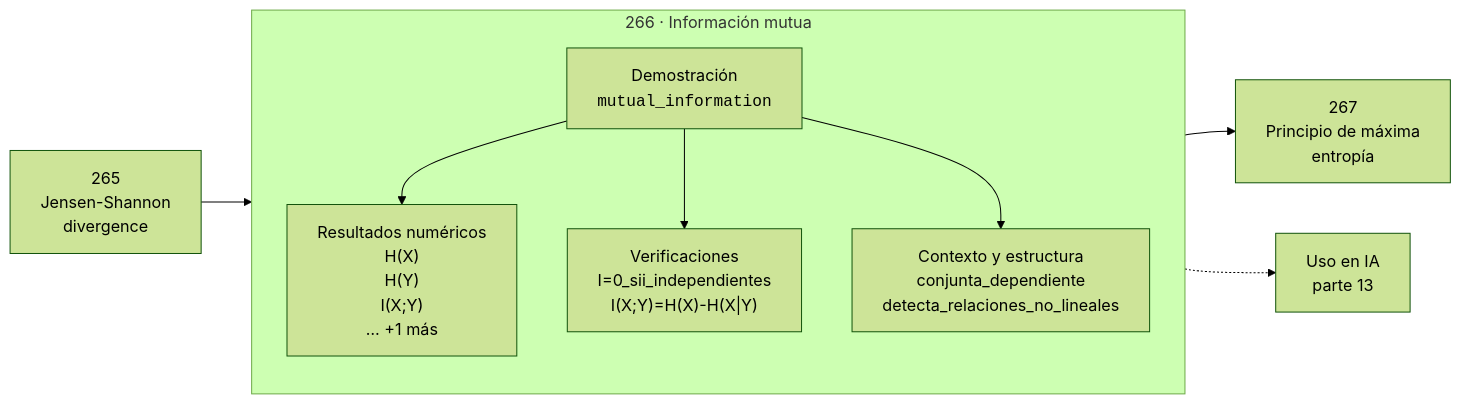
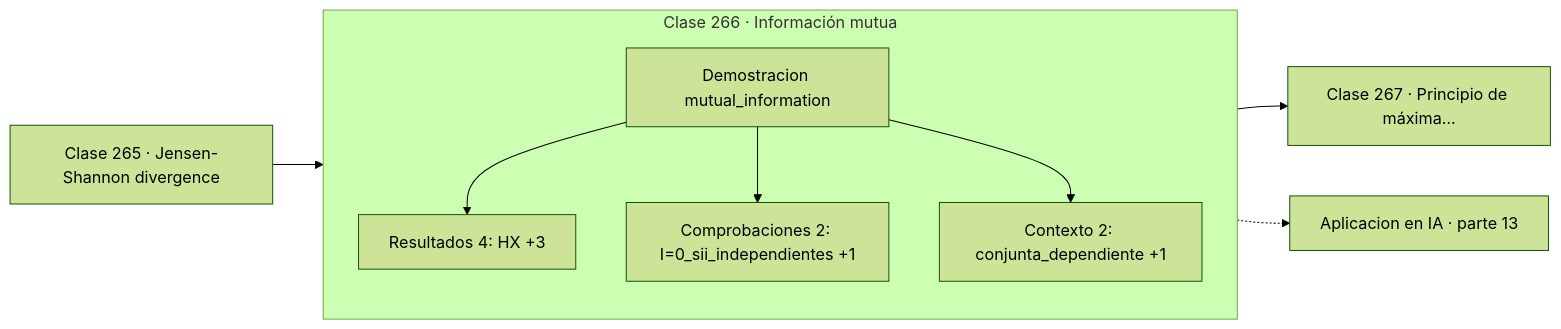
One commit to vladimiracunadev-create/computational-mathematics-program changed the diagram in classes/part-13-teoria-de-la-informacion-senales-y-series/266-informacion-mutua/README.md. Above: the diagram before and after it, drawn with Mermaid (forest theme). The commit also changed 389 other files, not shown here.

First line of the commit message:
fix(diagramas): elimina el HTML de las etiquetas Mermaid

````diff
--- a/classes/part-13-teoria-de-la-informacion-senales-y-series/266-informacion-mutua/README.md
+++ b/classes/part-13-teoria-de-la-informacion-senales-y-series/266-informacion-mutua/README.md
@@ -30,12 +30,13 @@
 ```mermaid
 flowchart LR
-    P["265<br/>Jensen-Shannon<br/>divergence"] --> C
-    subgraph C["266 · Información mutua"]
+    P["Clase 265 · Jensen-Shannon divergence"] --> D
+    subgraph CLASE["Clase 266 · Información mutua"]
         direction TB
-        D["Demostración<br/><code>mutual_information</code>"] --> R["Resultados numéricos<br/>H(X)<br/>H(Y)<br/>I(X;Y)<br/>… +1 más"]
-        D --> V["Verificaciones<br/>I=0_sii_independientes<br/>I(X;Y)=H(X)-H(X|Y)"]
-        D --> O["Contexto y estructura<br/>conjunta_dependiente<br/>detecta_relaciones_no_lineales"]
+        D["Demostracion mutual_information"]
+        D --> R["Resultados 4: HX +3"]
+        D --> V["Comprobaciones 2: I=0_sii_independientes +1"]
+        D --> O["Contexto 2: conjunta_dependiente +1"]
     end
-    C --> N["267<br/>Principio de máxima<br/>entropía"]
-    C -.-> IA["Uso en IA<br/>parte 13"]
+    R --> N["Clase 267 · Principio de máxima…"]
+    V -.-> IA["Aplicacion en IA · parte 13"]
 ```
````
